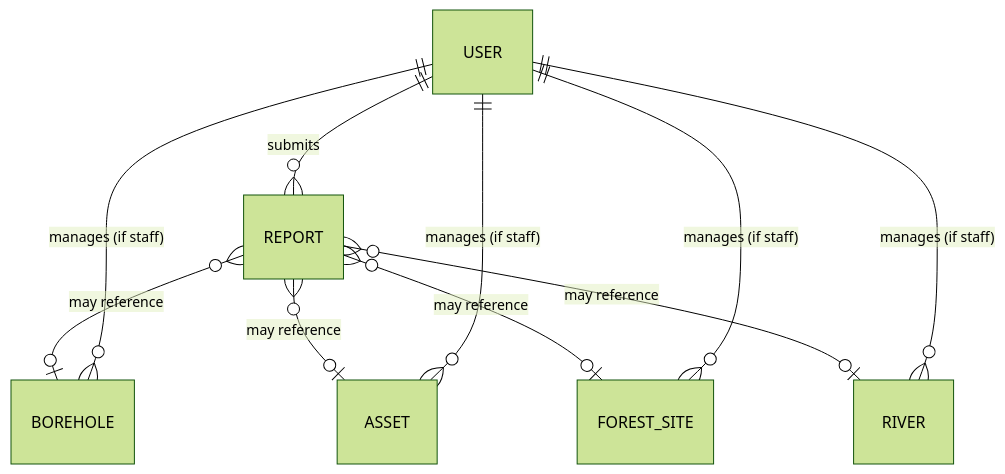
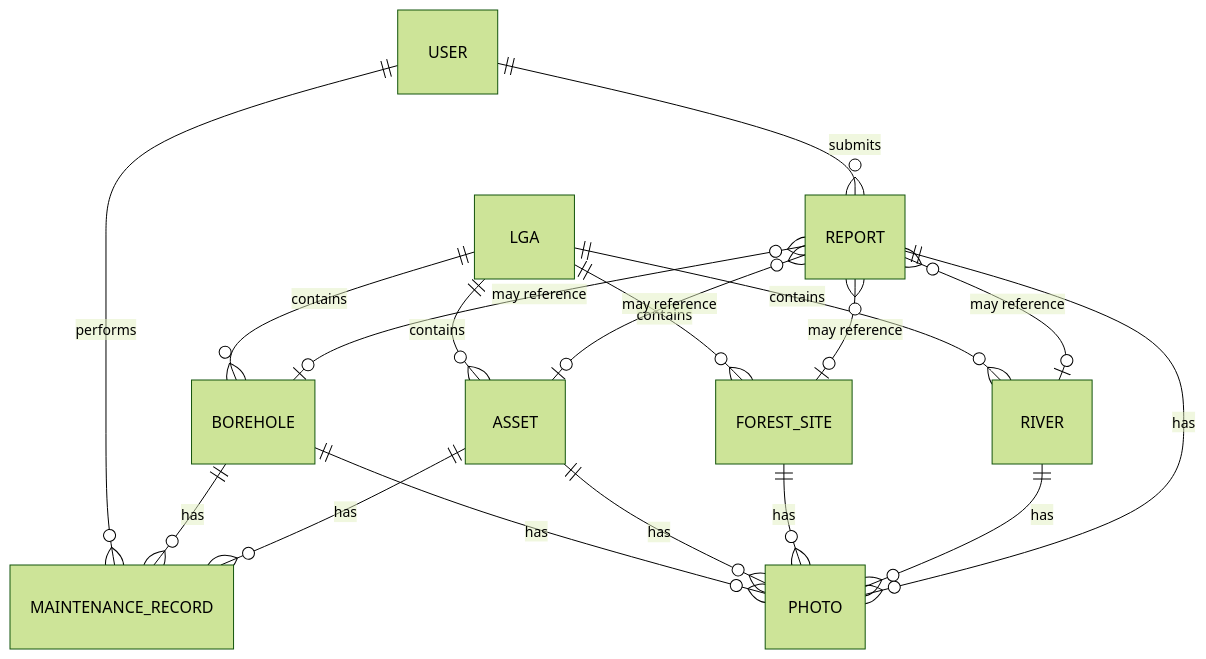
The diagram in docs/architecture/data-model.md (Simmyt3r/CARE-Map), drawn with Mermaid (forest theme) before and after one commit. The commit also changed other lines of this file and 8 other files, not shown here.

````diff
--- a/docs/architecture/data-model.md
+++ b/docs/architecture/data-model.md
@@ -59,12 +64,20 @@
 ```mermaid
 erDiagram
+    LGA ||--o{ BOREHOLE : contains
+    LGA ||--o{ ASSET : contains
+    LGA ||--o{ FOREST_SITE : contains
+    LGA ||--o{ RIVER : contains
     USER ||--o{ REPORT : submits
+    USER ||--o{ MAINTENANCE_RECORD : performs
     REPORT }o--o| BOREHOLE : "may reference"
     REPORT }o--o| ASSET : "may reference"
     REPORT }o--o| FOREST_SITE : "may reference"
     REPORT }o--o| RIVER : "may reference"
-    USER ||--o{ BOREHOLE : "manages (if staff)"
-    USER ||--o{ ASSET : "manages (if staff)"
-    USER ||--o{ FOREST_SITE : "manages (if staff)"
-    USER ||--o{ RIVER : "manages (if staff)"
+    BOREHOLE ||--o{ MAINTENANCE_RECORD : has
+    ASSET ||--o{ MAINTENANCE_RECORD : has
+    BOREHOLE ||--o{ PHOTO : has
+    ASSET ||--o{ PHOTO : has
+    FOREST_SITE ||--o{ PHOTO : has
+    RIVER ||--o{ PHOTO : has
+    REPORT ||--o{ PHOTO : has
 ```
````
